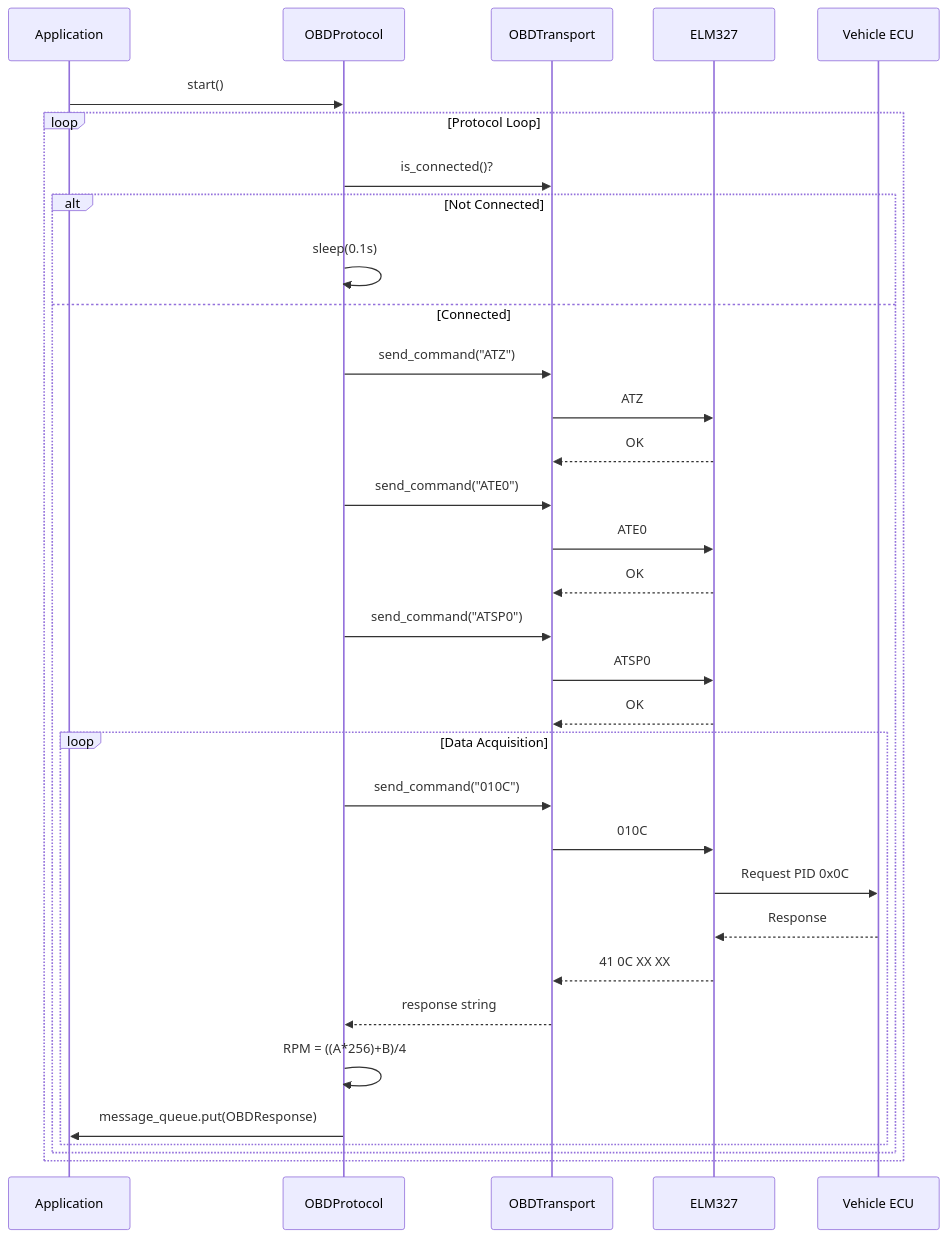
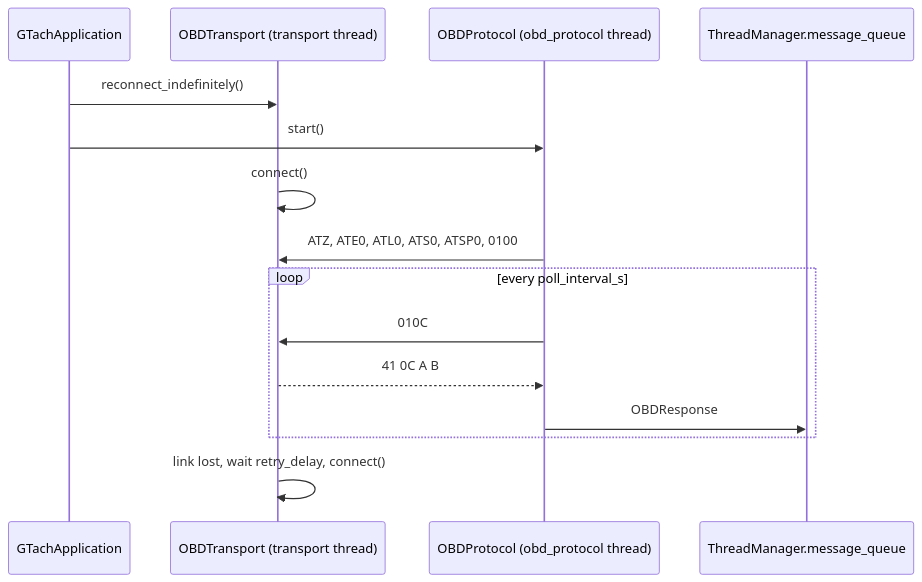
Before and after one commit to William12556/GTach: the second of 2 diagrams in ai/workspace/design/design-7d3e9f5a-domain_comm.md, drawn with Mermaid. The commit also changed other lines of this file and 13 other files, not shown here.

````diff
--- a/ai/workspace/design/design-7d3e9f5a-domain_comm.md
+++ b/ai/workspace/design/design-7d3e9f5a-domain_comm.md
@@ -668,39 +198,17 @@
 ```mermaid
 sequenceDiagram
-    participant App as Application
-    participant OBD as OBDProtocol
-    participant TR as OBDTransport
-    participant ELM as ELM327
-    participant ECU as Vehicle ECU
-
-    App->>OBD: start()
-
-    loop Protocol Loop
-        OBD->>TR: is_connected()?
-
-        alt Not Connected
-            OBD->>OBD: sleep(0.1s)
-        else Connected
-            OBD->>TR: send_command("ATZ")
-            TR->>ELM: ATZ
-            ELM-->>TR: OK
-            OBD->>TR: send_command("ATE0")
-            TR->>ELM: ATE0
-            ELM-->>TR: OK
-            OBD->>TR: send_command("ATSP0")
-            TR->>ELM: ATSP0
-            ELM-->>TR: OK
-
-            loop Data Acquisition
-                OBD->>TR: send_command("010C")
-                TR->>ELM: 010C
-                ELM->>ECU: Request PID 0x0C
-                ECU-->>ELM: Response
-                ELM-->>TR: 41 0C XX XX
-                TR-->>OBD: response string
-                OBD->>OBD: RPM = ((A*256)+B)/4
-                OBD->>App: message_queue.put(OBDResponse)
-            end
-        end
+    participant A as GTachApplication
+    participant T as OBDTransport (transport thread)
+    participant P as OBDProtocol (obd_protocol thread)
+    participant Q as ThreadManager.message_queue
+    A->>T: reconnect_indefinitely()
+    A->>P: start()
+    T->>T: connect()
+    P->>T: ATZ, ATE0, ATL0, ATS0, ATSP0, 0100
+    loop every poll_interval_s
+        P->>T: 010C
+        T-->>P: 41 0C A B
+        P->>Q: OBDResponse
     end
+    T->>T: link lost, wait retry_delay, connect()
 ```
````
